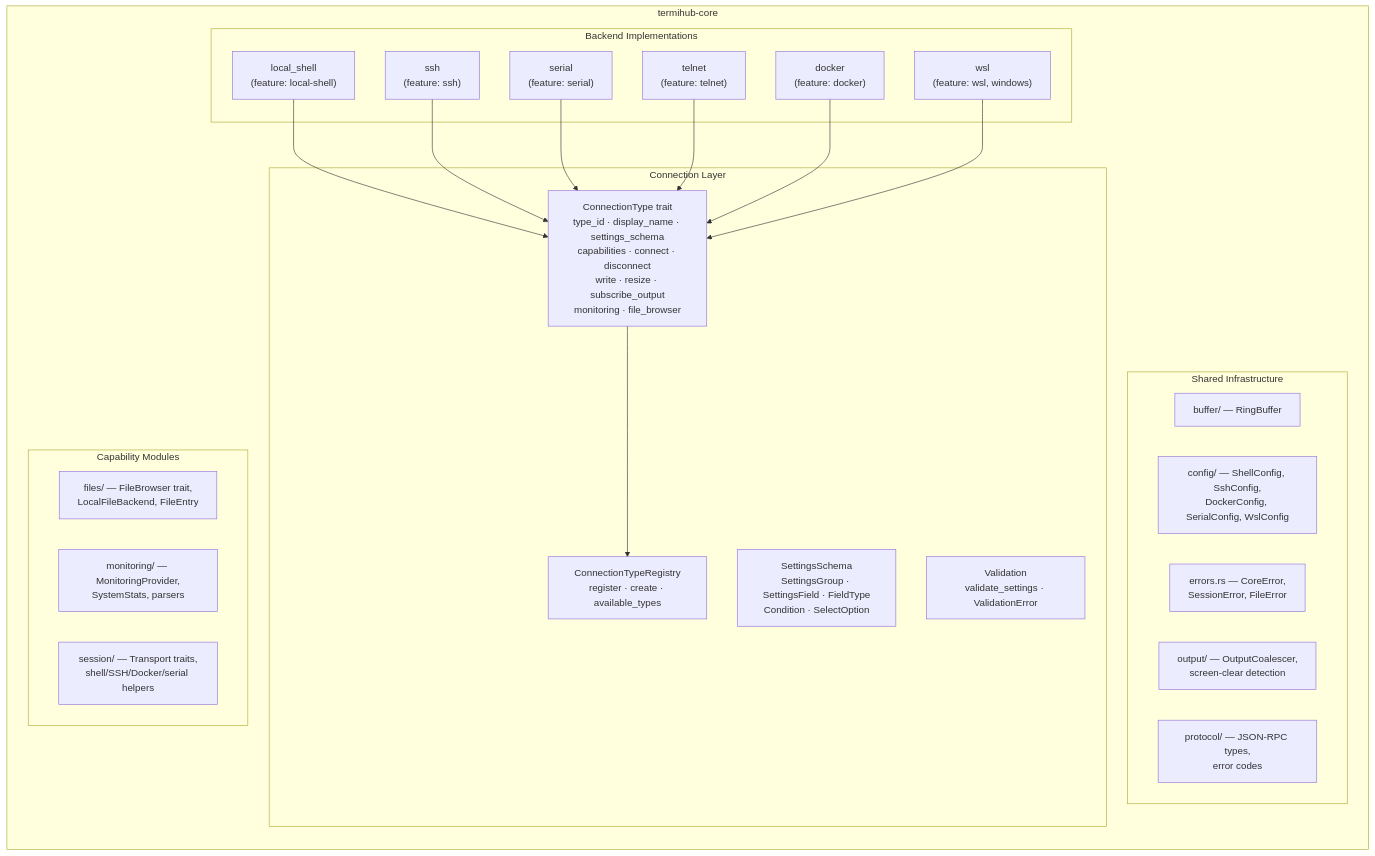
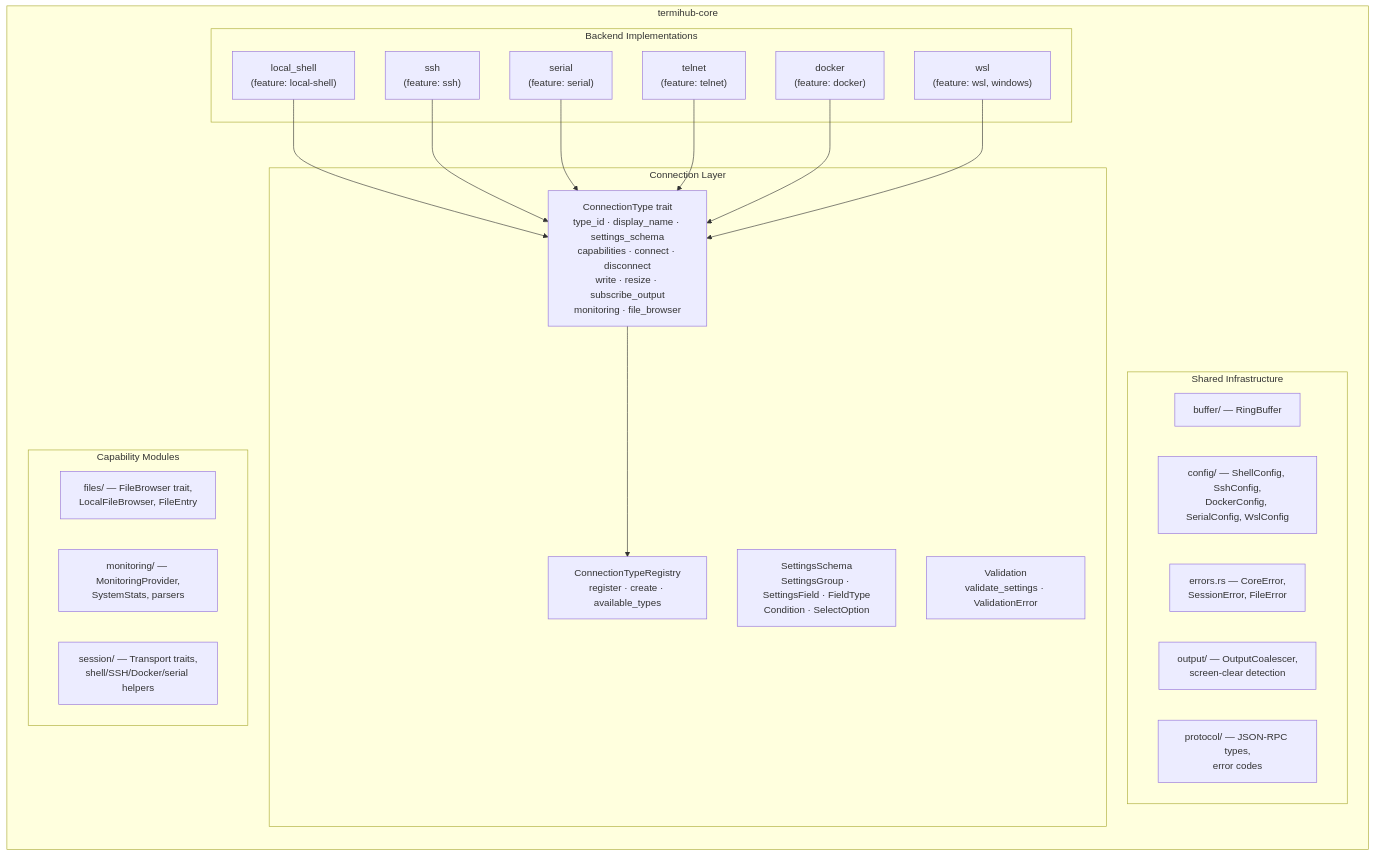
One commit to armaxri/termiHub changed the fifth of 26 diagrams in docs/architecture.md. Above: the diagram before and after it, drawn with Mermaid. The commit also changed other lines of this file and 1 other file, not shown here.

Commit message:
docs(files): reflect FileBrowser/LocalFileBrowser convergence in module docs
Update the core module descriptions that still named the retired
FileBackend trait and LocalFileBackend (#2104).

````diff
--- a/docs/architecture.md
+++ b/docs/architecture.md
@@ -362,44 +362,44 @@
 ```mermaid
 graph TD
     subgraph "termihub-core"
         direction TB
 
         subgraph "Connection Layer"
             CT["ConnectionType trait<br/>type_id · display_name · settings_schema<br/>capabilities · connect · disconnect<br/>write · resize · subscribe_output<br/>monitoring · file_browser"]
             REG["ConnectionTypeRegistry<br/>register · create · available_types"]
             SCH["SettingsSchema<br/>SettingsGroup · SettingsField · FieldType<br/>Condition · SelectOption"]
             VAL["Validation<br/>validate_settings · ValidationError"]
         end
 
         subgraph "Backend Implementations"
             LS["local_shell<br/>(feature: local-shell)"]
             SSH_B["ssh<br/>(feature: ssh)"]
             SER_B["serial<br/>(feature: serial)"]
             TEL_B["telnet<br/>(feature: telnet)"]
             DOC_B["docker<br/>(feature: docker)"]
             WSL_B["wsl<br/>(feature: wsl, windows)"]
         end
 
         subgraph "Shared Infrastructure"
             BUF["buffer/ — RingBuffer"]
             CFG["config/ — ShellConfig, SshConfig,<br/>DockerConfig, SerialConfig, WslConfig"]
             ERR["errors.rs — CoreError,<br/>SessionError, FileError"]
             OUT["output/ — OutputCoalescer,<br/>screen-clear detection"]
             PROTO["protocol/ — JSON-RPC types,<br/>error codes"]
         end
 
         subgraph "Capability Modules"
-            FILES["files/ — FileBrowser trait,<br/>LocalFileBackend, FileEntry"]
+            FILES["files/ — FileBrowser trait,<br/>LocalFileBrowser, FileEntry"]
             MON["monitoring/ — MonitoringProvider,<br/>SystemStats, parsers"]
             SESS["session/ — Transport traits,<br/>shell/SSH/Docker/serial helpers"]
         end
     end
 
     LS --> CT
     SSH_B --> CT
     SER_B --> CT
     TEL_B --> CT
     DOC_B --> CT
     WSL_B --> CT
     CT --> REG
 ```
````
